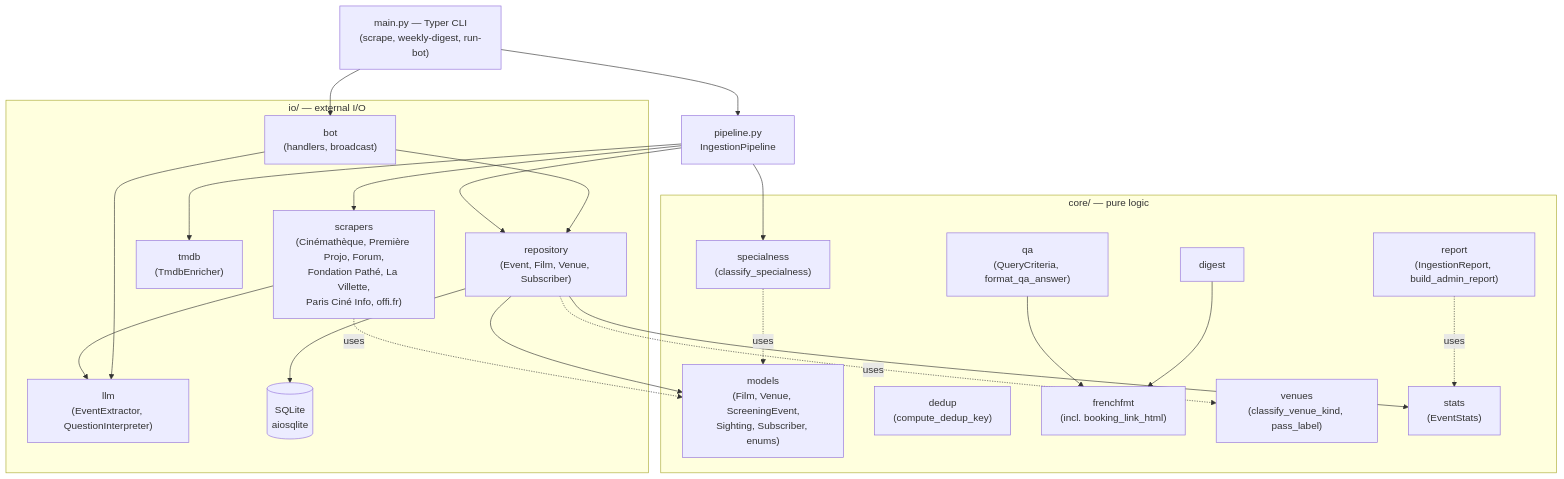
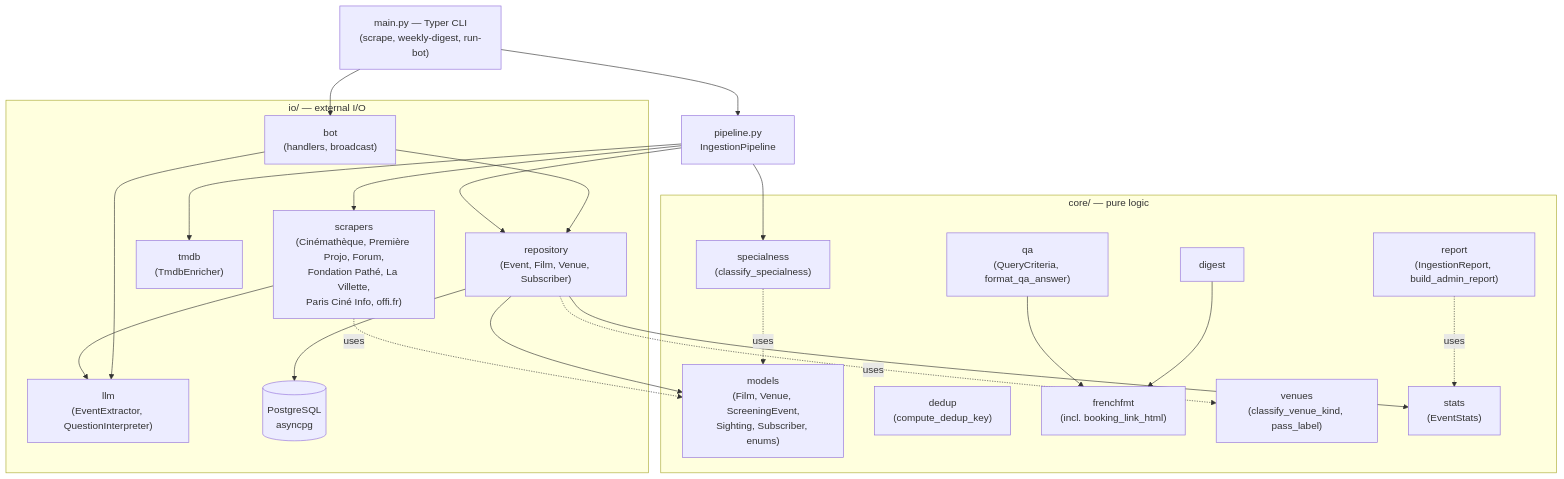
One commit to Pierrafrom/lanterne changed the first of 3 diagrams in docs/architecture.md. Above: the diagram before and after it, drawn with Mermaid. The commit also changed other lines of this file and 233 other files, not shown here.

````diff
--- a/docs/architecture.md
+++ b/docs/architecture.md
@@ -34,46 +41,46 @@
 ```mermaid
 flowchart TD
     CLI["main.py — Typer CLI<br/>(scrape, weekly-digest, run-bot)"]
 
     subgraph core["core/ — pure logic"]
         models["models<br/>(Film, Venue, ScreeningEvent,<br/>Sighting, Subscriber, enums)"]
         dedup["dedup<br/>(compute_dedup_key)"]
         qa["qa<br/>(QueryCriteria, format_qa_answer)"]
         digest["digest"]
         frenchfmt["frenchfmt<br/>(incl. booking_link_html)"]
         specialness["specialness<br/>(classify_specialness)"]
         venues["venues<br/>(classify_venue_kind, pass_label)"]
         stats["stats<br/>(EventStats)"]
         report["report<br/>(IngestionReport, build_admin_report)"]
     end
 
     subgraph io["io/ — external I/O"]
         scrapers["scrapers<br/>(Cinémathèque, Première Projo, Forum,<br/>Fondation Pathé, La Villette,<br/>Paris Ciné Info, offi.fr)"]
         llm["llm<br/>(EventExtractor, QuestionInterpreter)"]
         tmdb["tmdb<br/>(TmdbEnricher)"]
         repo["repository<br/>(Event, Film, Venue, Subscriber)"]
-        db[("SQLite<br/>aiosqlite")]
+        db[("PostgreSQL<br/>asyncpg")]
         bot["bot<br/>(handlers, broadcast)"]
     end
 
     pipeline["pipeline.py<br/>IngestionPipeline"]
 
     CLI --> pipeline
     CLI --> bot
     pipeline --> scrapers
     pipeline --> tmdb
     pipeline --> repo
     pipeline --> specialness
     scrapers --> llm
     repo --> db
     repo --> stats
     repo -.uses.-> venues
     report -.uses.-> stats
     bot --> repo
     bot --> llm
     scrapers -.uses.-> models
     repo --> models
     specialness -.uses.-> models
     qa --> frenchfmt
     digest --> frenchfmt
 ```
````
